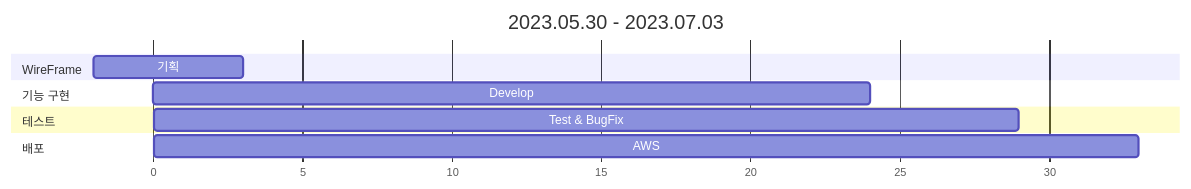
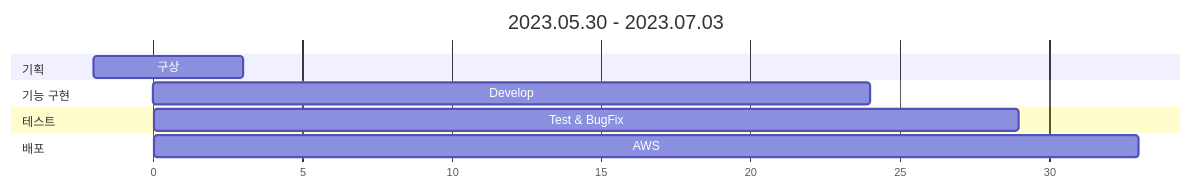
Before and after one commit to Connect-Dots-Project/BackEnd: the first of 2 diagrams in docs/README.md, drawn with Mermaid. The commit also changed other lines of this file and 6 other files, not shown here.

````diff
--- a/docs/README.md
+++ b/docs/README.md
@@ -173,14 +170,14 @@
 ```mermaid
 gantt
     title 2023.05.30 - 2023.07.03
     dateFormat X
     axisFormat %s
-    section WireFrame
-        기획: -2, 3
+    section 기획
+        구상: -2, 3
     section 기능 구현
         Develop: 2, 24
     section 테스트
         Test & BugFix: 20, 29
     section 배포
         AWS: 27, 33
 ```
````
